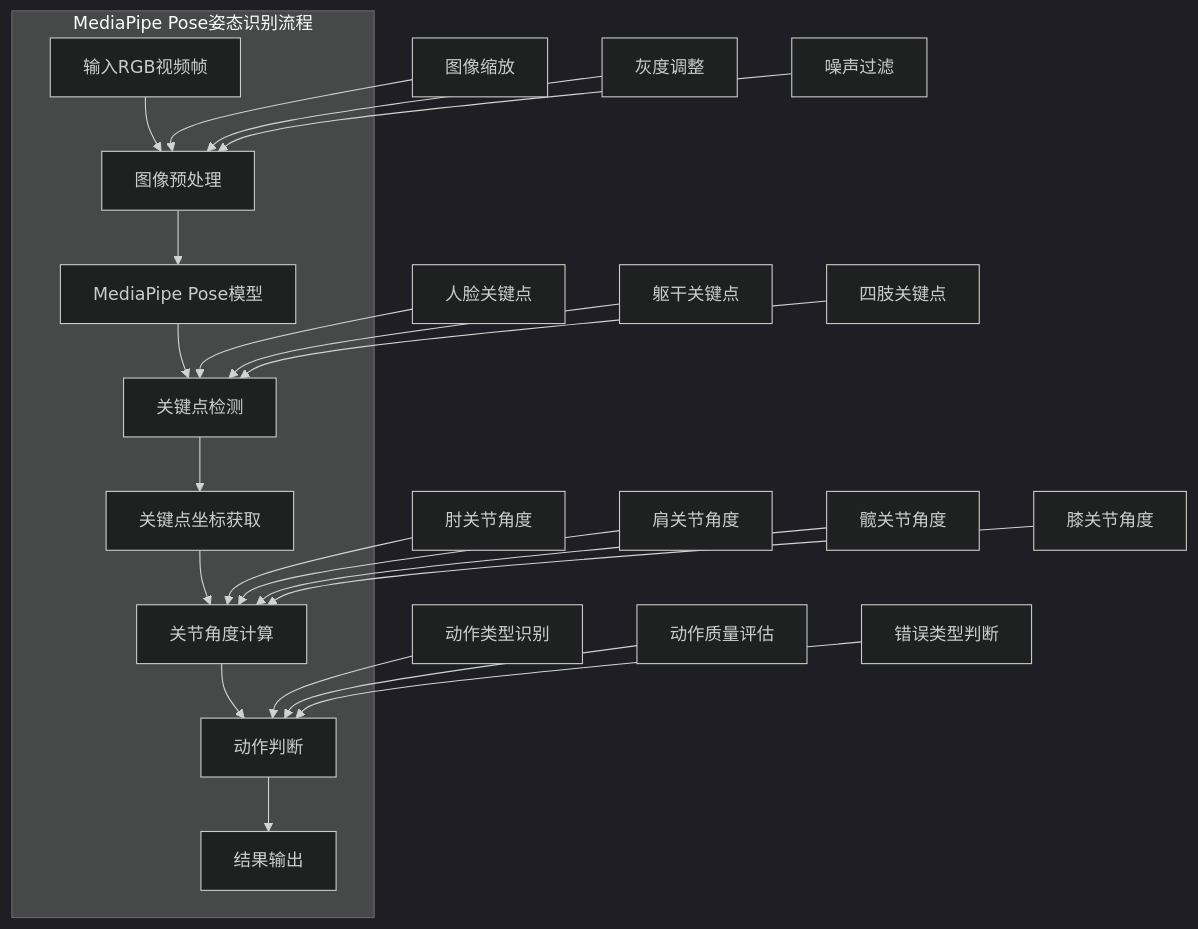
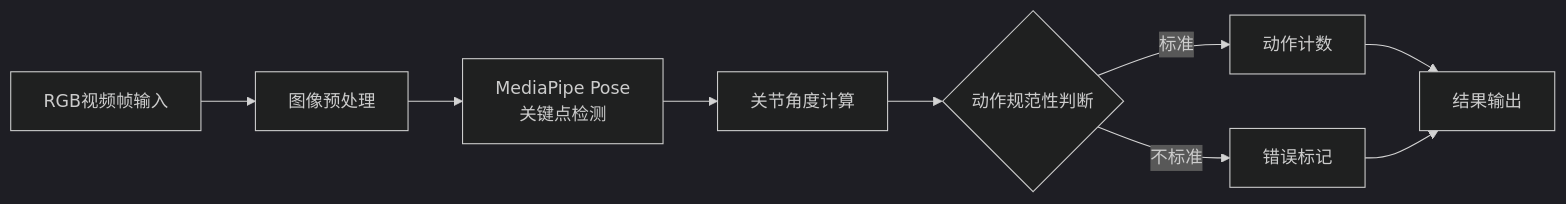
The fourth of 5 diagrams in 内容/第二章_系统相关技术.md (Ventilation616/lunwen), drawn with Mermaid (dark theme) before and after one commit. The commit also changed 3 other files, not shown here.

````diff
--- a/内容/第二章_系统相关技术.md
+++ b/内容/第二章_系统相关技术.md
@@ -137,38 +137,11 @@
 ```mermaid
-graph TD
-    A[输入RGB视频帧] --> B[图像预处理]
-    B --> C[MediaPipe Pose模型]
-    C --> D[关键点检测]
-    D --> E[关键点坐标获取]
-    E --> F[关节角度计算]
-    F --> G[动作判断]
-    G --> H[结果输出]
-    
-    B1[图像缩放] --> B
-    B2[灰度调整] --> B
-    B3[噪声过滤] --> B
-    
-    D1[人脸关键点] --> D
-    D2[躯干关键点] --> D
-    D3[四肢关键点] --> D
-    
-    F1[肘关节角度] --> F
-    F2[肩关节角度] --> F
-    F3[髋关节角度] --> F
-    F4[膝关节角度] --> F
-    
-    G1[动作类型识别] --> G
-    G2[动作质量评估] --> G
-    G3[错误类型判断] --> G
-    
-    subgraph MediaPipe Pose姿态识别流程
-    A
-    B
-    C
-    D
-    E
-    F
-    G
-    H
-    end
+flowchart LR
+    A[RGB视频帧输入] --> B[图像预处理]
+    B --> C[MediaPipe Pose<br/>关键点检测]
+    C --> D[关节角度计算]
+    D --> E{动作规范性判断}
+    E -->|标准| F[动作计数]
+    E -->|不标准| G[错误标记]
+    F --> H[结果输出]
+    G --> H
 ```
````
